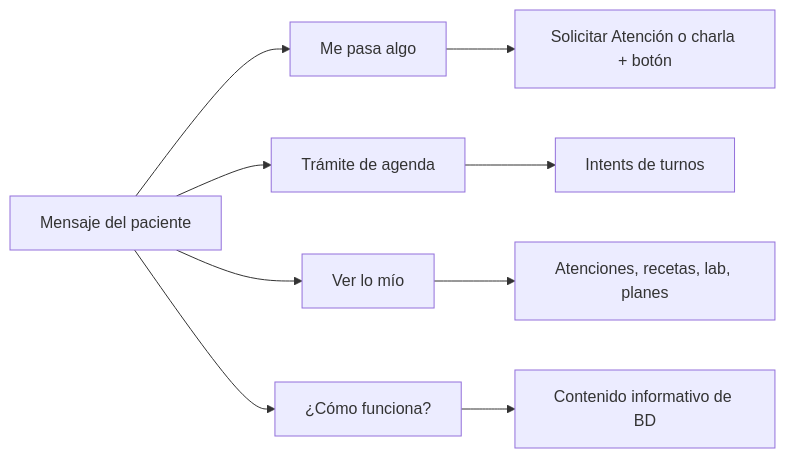
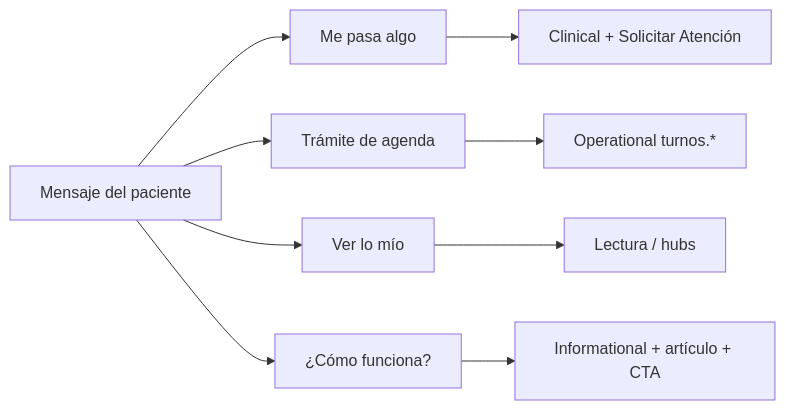
One commit to luischanferoni/bioenlace changed the diagram in web/docs/qa/paciente/asistente-consultas.md. Above: the diagram before and after it, drawn with Mermaid. The commit also changed other lines of this file and 32 other files, not shown here.

````diff
--- a/web/docs/qa/paciente/asistente-consultas.md
+++ b/web/docs/qa/paciente/asistente-consultas.md
@@ -26,12 +28,12 @@
 ```mermaid
 flowchart LR
   P[Mensaje del paciente]
   P --> A["Me pasa algo"]
   P --> B["Trámite de agenda"]
   P --> C["Ver lo mío"]
   P --> D["¿Cómo funciona?"]
-  A --> SA[Solicitar Atención o charla + botón]
-  B --> TU[Intents de turnos]
-  C --> MI[Atenciones, recetas, lab, planes]
-  D --> IC[Contenido informativo de BD]
+  A --> SA[Clinical + Solicitar Atención]
+  B --> TU[Operational turnos.*]
+  C --> MI[Lectura / hubs]
+  D --> IC[Informational + artículo + CTA]
 ```
````
